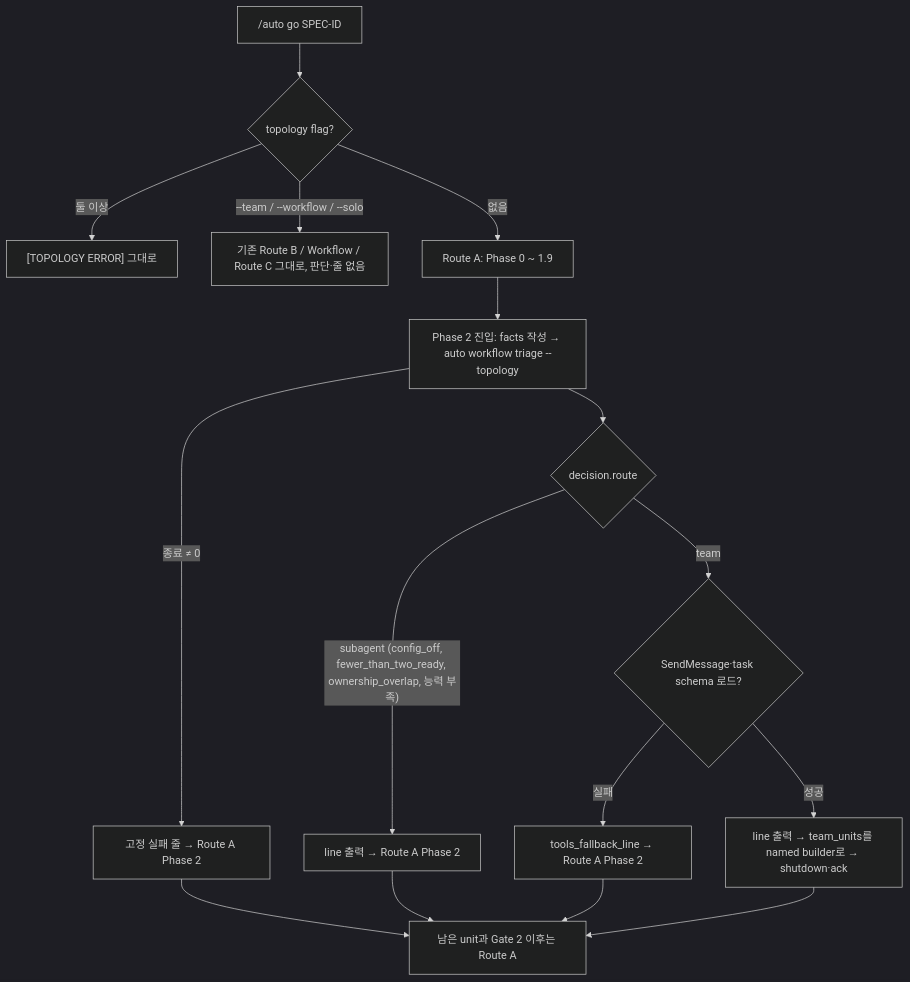
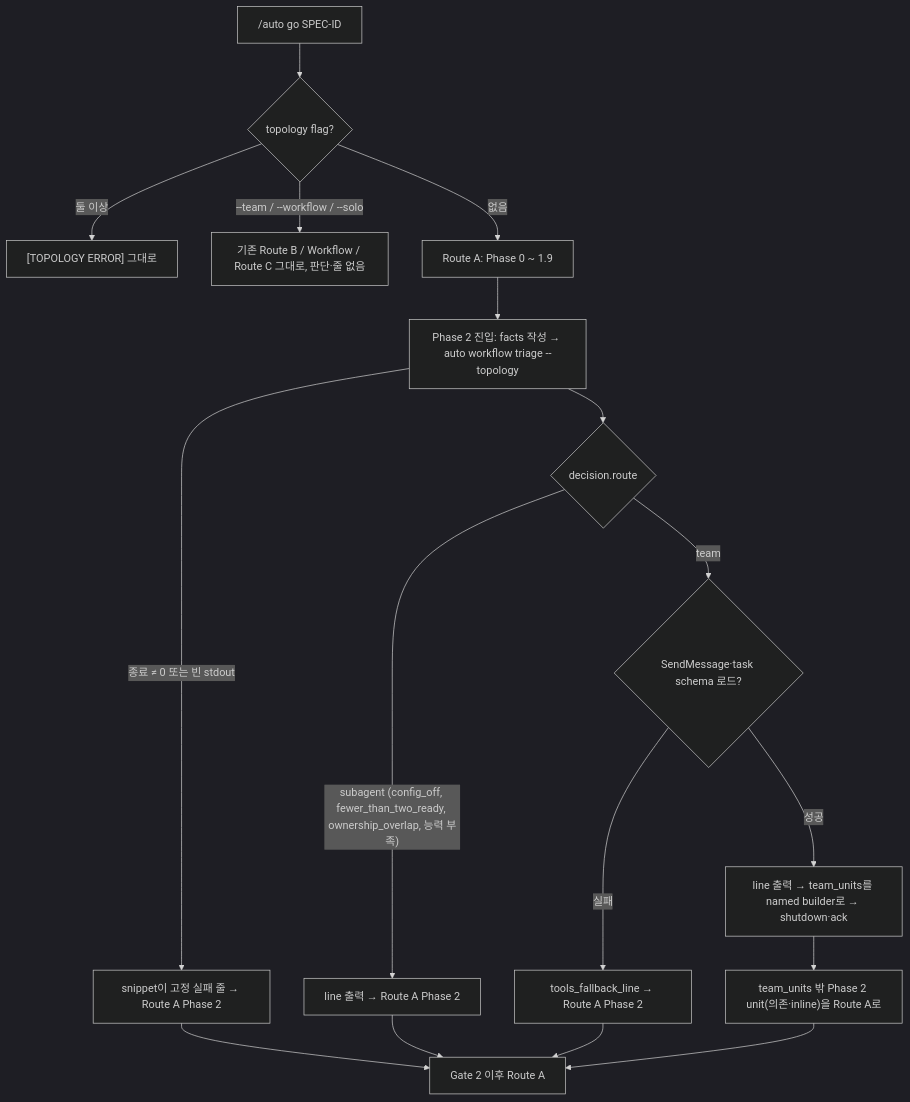
The diagram in .autopus/specs/SPEC-TEAMAUTO-001/spec.md (Oscar-Williams/autopus-adk), drawn with Mermaid (dark theme) before and after one commit. The commit also changed other lines of this file and 6 other files, not shown here.

````diff
--- a/.autopus/specs/SPEC-TEAMAUTO-001/spec.md
+++ b/.autopus/specs/SPEC-TEAMAUTO-001/spec.md
@@ -276,18 +309,19 @@
 ```mermaid
 flowchart TD
   A["/auto go SPEC-ID"] --> B{"topology flag?"}
   B -- "둘 이상" --> X["[TOPOLOGY ERROR] 그대로"]
   B -- "--team / --workflow / --solo" --> E["기존 Route B / Workflow / Route C 그대로, 판단·줄 없음"]
   B -- "없음" --> P["Route A: Phase 0 ~ 1.9"]
   P --> F["Phase 2 진입: facts 작성 → auto workflow triage --topology"]
-  F -- "종료 ≠ 0" --> Z["고정 실패 줄 → Route A Phase 2"]
+  F -- "종료 ≠ 0 또는 빈 stdout" --> Z["snippet이 고정 실패 줄 → Route A Phase 2"]
   F --> R{"decision.route"}
   R -- "subagent (config_off, fewer_than_two_ready, ownership_overlap, 능력 부족)" --> S["line 출력 → Route A Phase 2"]
   R -- "team" --> T{"SendMessage·task schema 로드?"}
   T -- "실패" --> U["tools_fallback_line → Route A Phase 2"]
   T -- "성공" --> V["line 출력 → team_units를 named builder로 → shutdown·ack"]
-  V --> G["남은 unit과 Gate 2 이후는 Route A"]
+  V --> W["team_units 밖 Phase 2 unit(의존·inline)을 Route A로"]
+  W --> G["Gate 2 이후 Route A"]
   S --> G
   U --> G
   Z --> G
 ```
````
